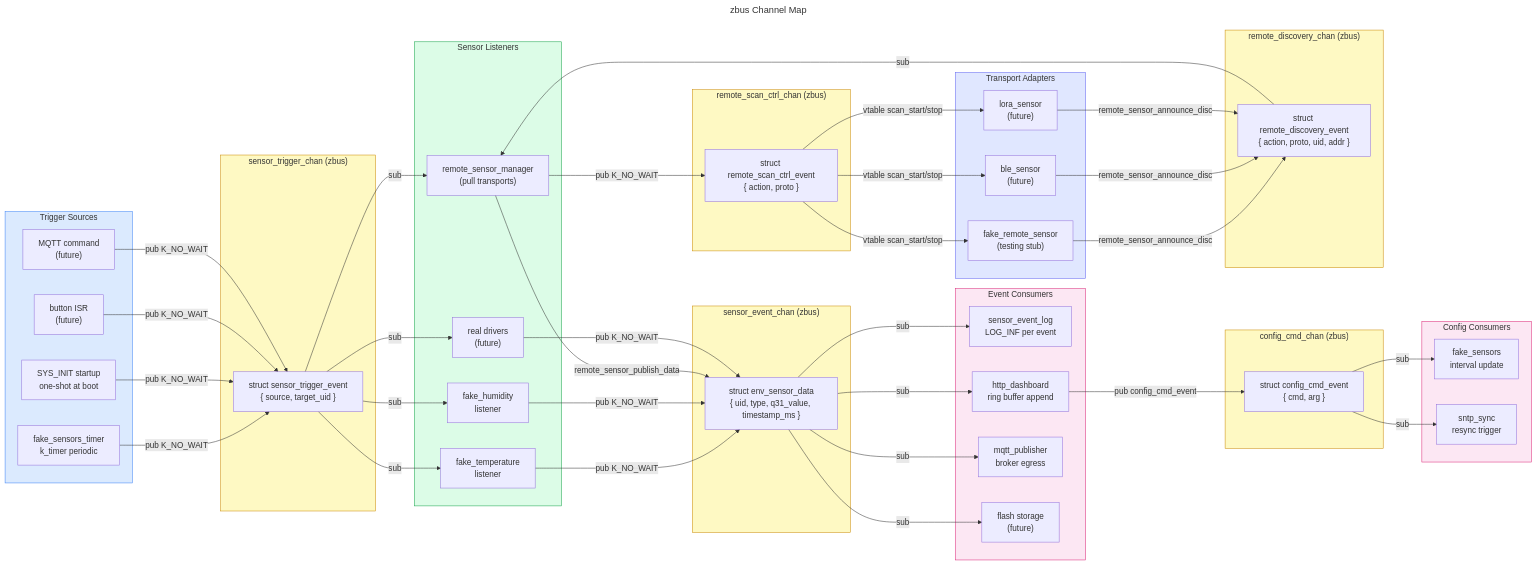
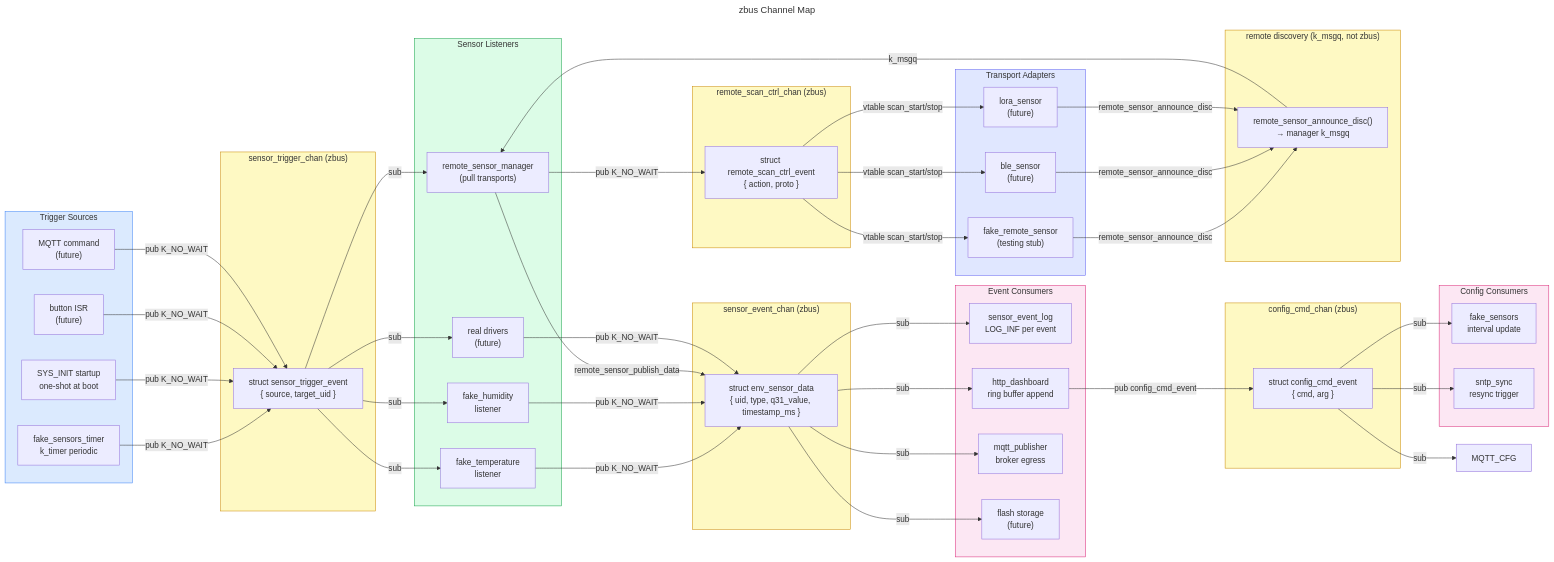
One commit to tobiwan88/weather-station changed the diagram in docs/architecture/diagrams/zbus-channels.mmd. Above: the diagram before and after it, drawn with Mermaid. The commit also changed 17 other files, not shown here.

```diff
--- a/docs/architecture/diagrams/zbus-channels.mmd
+++ b/docs/architecture/diagrams/zbus-channels.mmd
@@ -1,100 +1,101 @@
 ---
 title: zbus Channel Map
 ---
 graph LR
     subgraph TRIGGERS["Trigger Sources"]
         TMR["fake_sensors_timer\nk_timer periodic"]
         BOOT["SYS_INIT startup\none-shot at boot"]
         BTN["button ISR\n(future)"]
         MQTT_CMD["MQTT command\n(future)"]
     end
 
     subgraph CHAN_T["sensor_trigger_chan (zbus)"]
         ST["struct sensor_trigger_event\n{ source, target_uid }"]
     end
 
     subgraph SENSORS["Sensor Listeners"]
         FT["fake_temperature\nlistener"]
         FH["fake_humidity\nlistener"]
         RSM["remote_sensor_manager\n(pull transports)"]
         RD["real drivers\n(future)"]
     end
 
     subgraph CHAN_E["sensor_event_chan (zbus)"]
         SE["struct env_sensor_data\n{ uid, type, q31_value, timestamp_ms }"]
     end
 
     subgraph CONSUMERS["Event Consumers"]
         SEL["sensor_event_log\nLOG_INF per event"]
         HTTPL["http_dashboard\nring buffer append"]
         MQTTP["mqtt_publisher\nbroker egress"]
         FLASH["flash storage\n(future)"]
     end
 
     subgraph CHAN_CFG["config_cmd_chan (zbus)"]
         CC["struct config_cmd_event\n{ cmd, arg }"]
     end
 
     subgraph CFG_CONSUMERS["Config Consumers"]
         FS_CFG["fake_sensors\ninterval update"]
         SNTP_CFG["sntp_sync\nresync trigger"]
     end
 
-    subgraph CHAN_DISC["remote_discovery_chan (zbus)"]
-        RD2["struct remote_discovery_event\n{ action, proto, uid, addr }"]
+    subgraph CHAN_DISC["remote discovery (k_msgq, not zbus)"]
+        RD2["remote_sensor_announce_disc()\n→ manager k_msgq"]
     end
 
     subgraph CHAN_SCAN["remote_scan_ctrl_chan (zbus)"]
         SC["struct remote_scan_ctrl_event\n{ action, proto }"]
     end
 
     subgraph TRANSPORTS["Transport Adapters"]
         FAKE_T["fake_remote_sensor\n(testing stub)"]
         BLE_T["ble_sensor\n(future)"]
         LORA_T["lora_sensor\n(future)"]
     end
 
     TMR -->|pub K_NO_WAIT| ST
     BOOT -->|pub K_NO_WAIT| ST
     BTN -->|pub K_NO_WAIT| ST
     MQTT_CMD -->|pub K_NO_WAIT| ST
 
     ST -->|sub| FT
     ST -->|sub| FH
     ST -->|sub| RSM
     ST -->|sub| RD
 
     FT -->|pub K_NO_WAIT| SE
     FH -->|pub K_NO_WAIT| SE
     RSM -->|remote_sensor_publish_data| SE
     RD -->|pub K_NO_WAIT| SE
 
     SE -->|sub| SEL
     SE -->|sub| HTTPL
     SE -->|sub| MQTTP
     SE -->|sub| FLASH
 
     HTTPL -->|pub config_cmd_event| CC
     CC -->|sub| FS_CFG
     CC -->|sub| SNTP_CFG
+    CC -->|sub| MQTT_CFG
 
     FAKE_T -->|remote_sensor_announce_disc| RD2
     BLE_T -->|remote_sensor_announce_disc| RD2
     LORA_T -->|remote_sensor_announce_disc| RD2
-    RD2 -->|sub| RSM
+    RD2 -->|k_msgq| RSM
 
     RSM -->|pub K_NO_WAIT| SC
     SC -->|vtable scan_start/stop| FAKE_T
     SC -->|vtable scan_start/stop| BLE_T
     SC -->|vtable scan_start/stop| LORA_T
 
     style CHAN_T fill:#fef9c3,stroke:#ca8a04
     style CHAN_E fill:#fef9c3,stroke:#ca8a04
     style CHAN_CFG fill:#fef9c3,stroke:#ca8a04
     style CHAN_DISC fill:#fef9c3,stroke:#ca8a04
     style CHAN_SCAN fill:#fef9c3,stroke:#ca8a04
     style TRIGGERS fill:#dbeafe,stroke:#3b82f6
     style SENSORS fill:#dcfce7,stroke:#16a34a
     style CONSUMERS fill:#fce7f3,stroke:#db2777
     style CFG_CONSUMERS fill:#fce7f3,stroke:#db2777
     style TRANSPORTS fill:#e0e7ff,stroke:#6366f1
```
